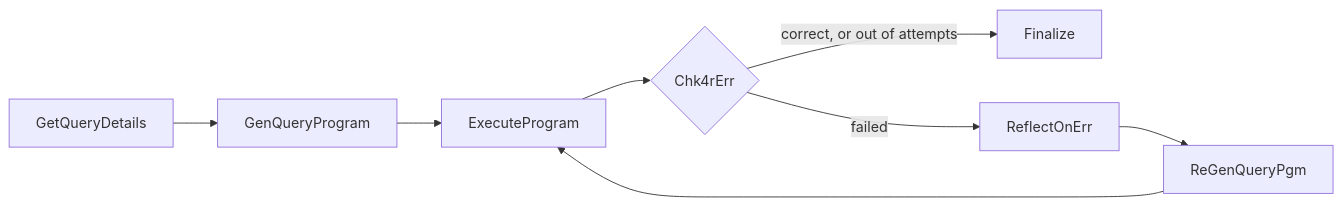
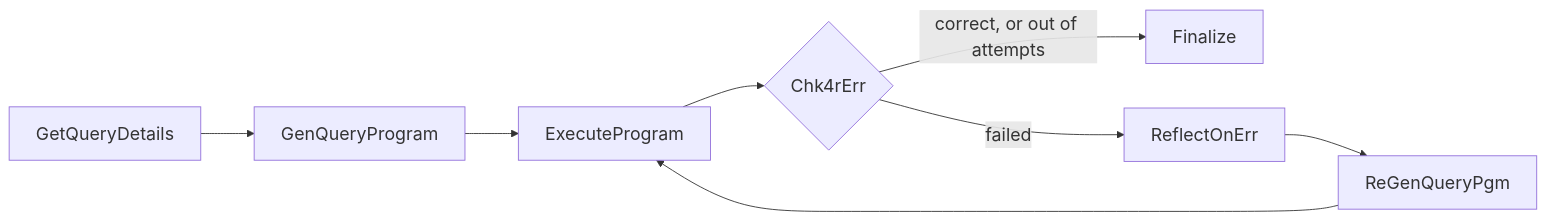
Before and after one commit to shachar-bz/langgraph-self-correcting-codegen: the diagram in README.md, drawn with Mermaid. The commit also changed other lines of this file, not shown here.

Commit message:
README: drop node table, enlarge diagram and add spacing

````diff
--- a/README.md
+++ b/README.md
@@ -43,10 +45,11 @@
 ```mermaid
+%%{init: {"themeVariables": {"fontSize": "20px"}, "flowchart": {"nodeSpacing": 50, "rankSpacing": 60, "padding": 15}}}%%
 flowchart LR
     A[GetQueryDetails] --> B[GenQueryProgram]
     B --> C[ExecuteProgram]
     C --> D{Chk4rErr}
     D -- correct, or out of attempts --> F[Finalize]
     D -- failed --> R[ReflectOnErr]
     R --> G[ReGenQueryPgm]
     G --> C
 ```
````
